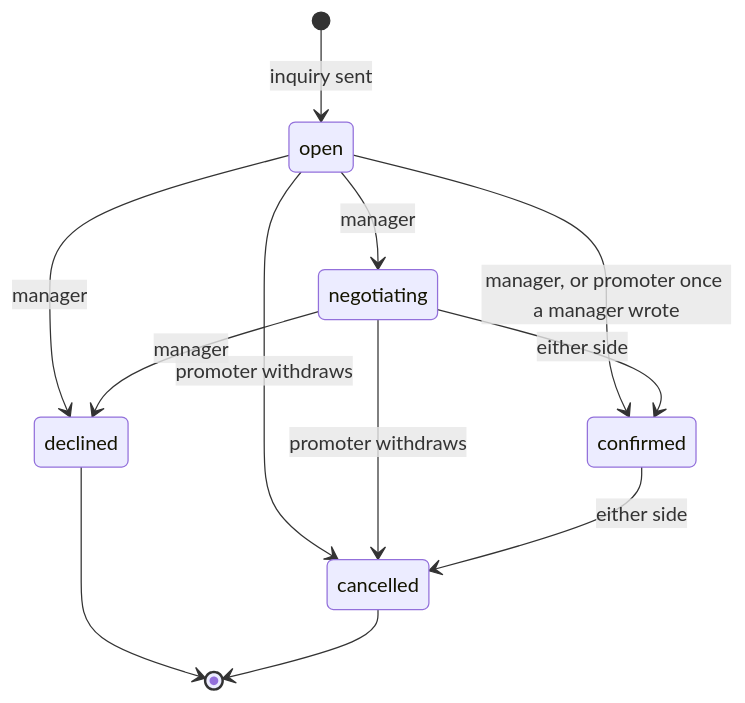
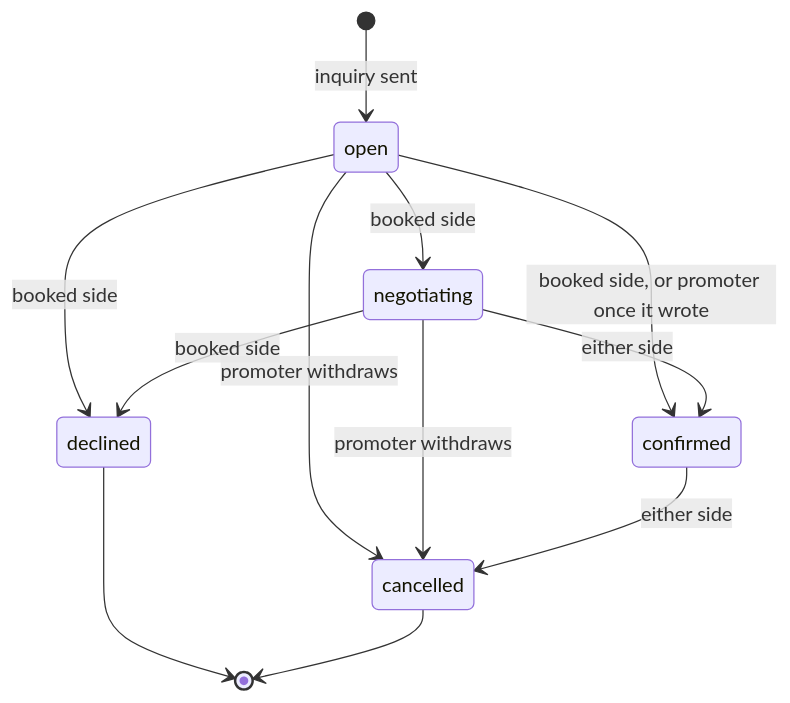
One commit to cutenode/localnetwork changed the ninth of 9 diagrams in apps/web/docs/diagrams/profiles-and-bookings.md. Above: the diagram before and after it, drawn with Mermaid. The commit also changed other lines of this file and 23 other files, not shown here.

````diff
--- a/apps/web/docs/diagrams/profiles-and-bookings.md
+++ b/apps/web/docs/diagrams/profiles-and-bookings.md
@@ -212,14 +212,14 @@
 ```mermaid
 stateDiagram-v2
   [*] --> open: inquiry sent
-  open --> negotiating: manager
-  open --> confirmed: manager, or promoter once a manager wrote
-  open --> declined: manager
+  open --> negotiating: booked side
+  open --> confirmed: booked side, or promoter once it wrote
+  open --> declined: booked side
   open --> cancelled: promoter withdraws
   negotiating --> confirmed: either side
-  negotiating --> declined: manager
+  negotiating --> declined: booked side
   negotiating --> cancelled: promoter withdraws
   confirmed --> cancelled: either side
   declined --> [*]
   cancelled --> [*]
 ```
````
